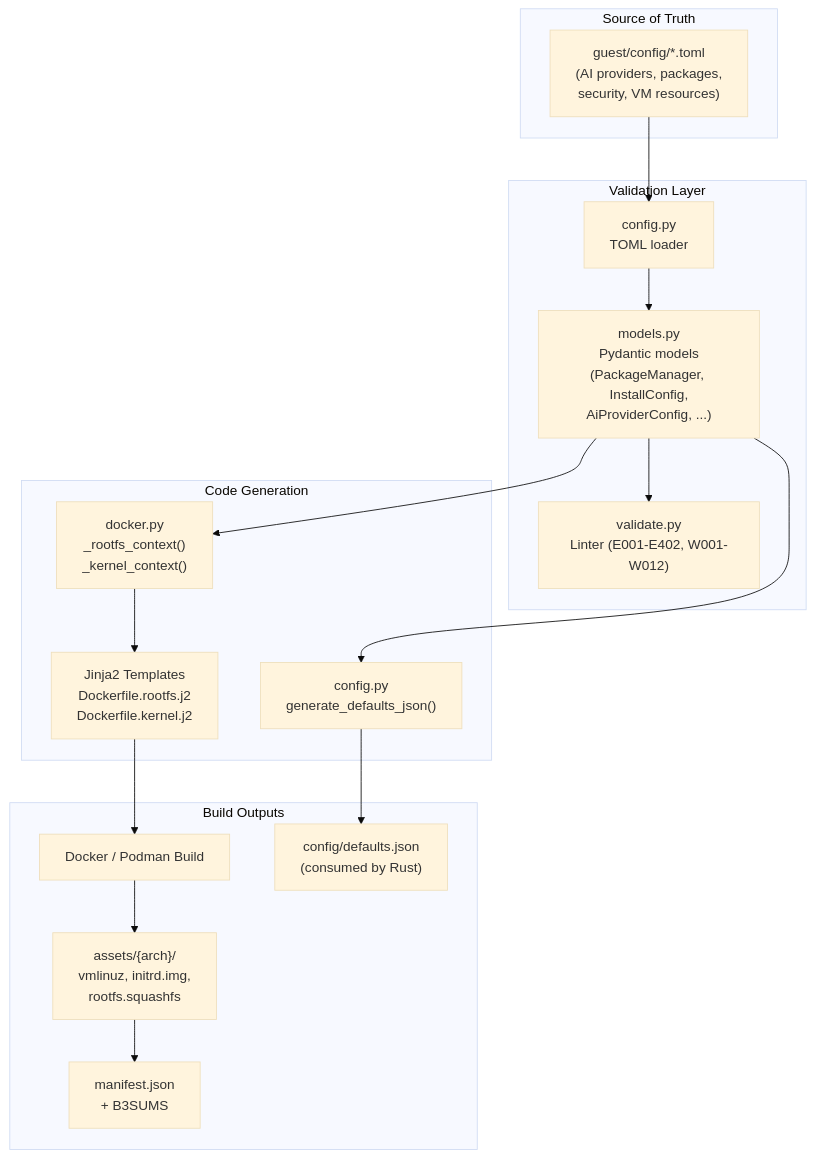
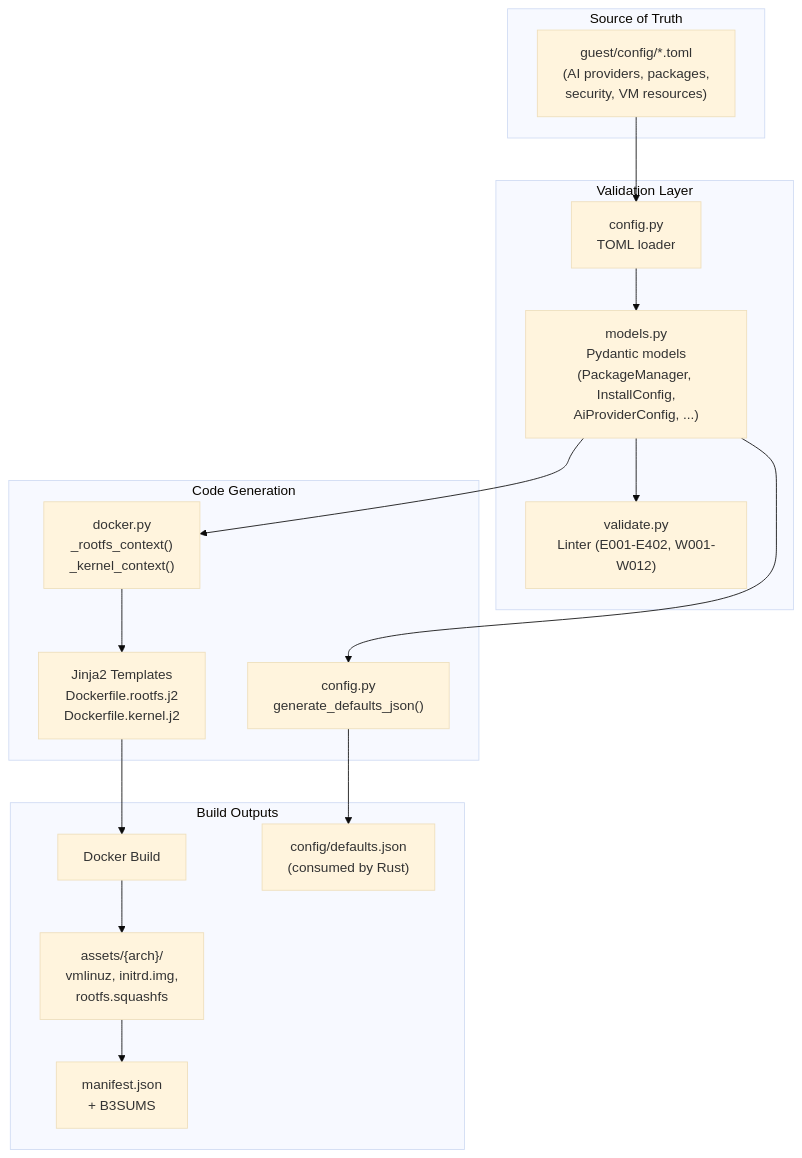
Before and after one commit to google/capsem: the first of 5 diagrams in site/src/content/docs/architecture/build-system.md, drawn with Mermaid (base theme). The commit also changed other lines of this file and 20 other files, not shown here.

First line of the commit message:
refactor: replace podman with colima + docker CLI for container builds

````diff
--- a/site/src/content/docs/architecture/build-system.md
+++ b/site/src/content/docs/architecture/build-system.md
@@ -12,36 +12,36 @@
 ```mermaid
 flowchart TD
   subgraph Input["Source of Truth"]
     TOML["guest/config/*.toml\n(AI providers, packages,\nsecurity, VM resources)"]
   end
 
   subgraph Validation["Validation Layer"]
     Config["config.py\nTOML loader"]
     Models["models.py\nPydantic models\n(PackageManager, InstallConfig,\nAiProviderConfig, ...)"]
     Validate["validate.py\nLinter (E001-E402, W001-W012)"]
   end
 
   subgraph Generation["Code Generation"]
     Context["docker.py\n_rootfs_context()\n_kernel_context()"]
     Jinja["Jinja2 Templates\nDockerfile.rootfs.j2\nDockerfile.kernel.j2"]
     Defaults["config.py\ngenerate_defaults_json()"]
   end
 
   subgraph Output["Build Outputs"]
-    Docker["Docker / Podman Build"]
+    Docker["Docker Build"]
     Assets["assets/{arch}/\nvmlinuz, initrd.img,\nrootfs.squashfs"]
     JSON["config/defaults.json\n(consumed by Rust)"]
     BOM["manifest.json\n+ B3SUMS"]
   end
 
   TOML --> Config
   Config --> Models
   Models --> Validate
   Models --> Context
   Models --> Defaults
   Context --> Jinja
   Jinja --> Docker
   Docker --> Assets
   Assets --> BOM
   Defaults --> JSON
 ```
````
